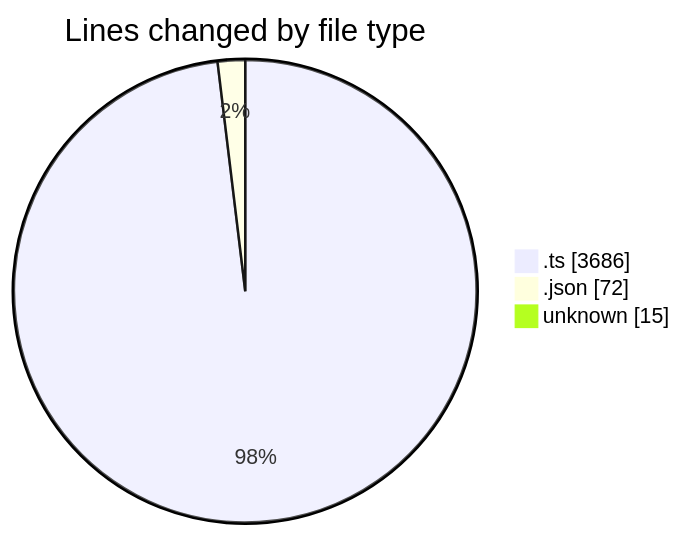
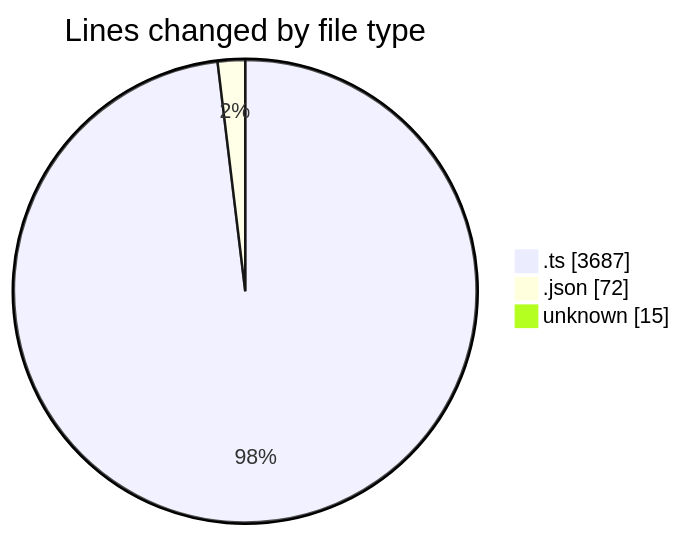
The first of 2 diagrams in 2025-09-10/hiai-phf/README.md (lephambinh05/code-tracking), drawn with Mermaid before and after one commit. The commit also changed other lines of this file and 1 other file, not shown here.

````diff
--- a/2025-09-10/hiai-phf/README.md
+++ b/2025-09-10/hiai-phf/README.md
@@ -29,7 +29,7 @@
 ```mermaid
 pie showData
 title Lines changed by file type
-".ts" : 3686
+".ts" : 3687
 ".json" : 72
 "unknown" : 15
 ```
````
